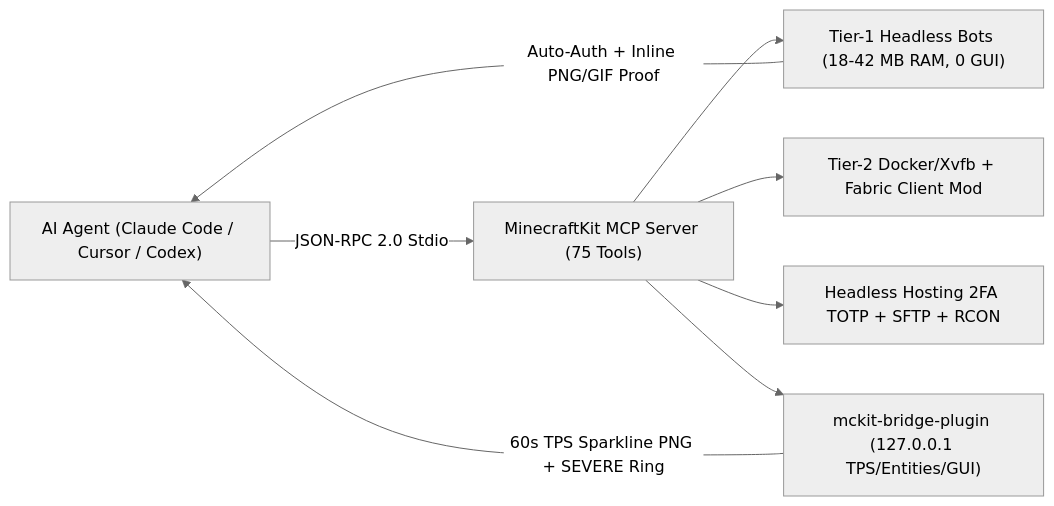
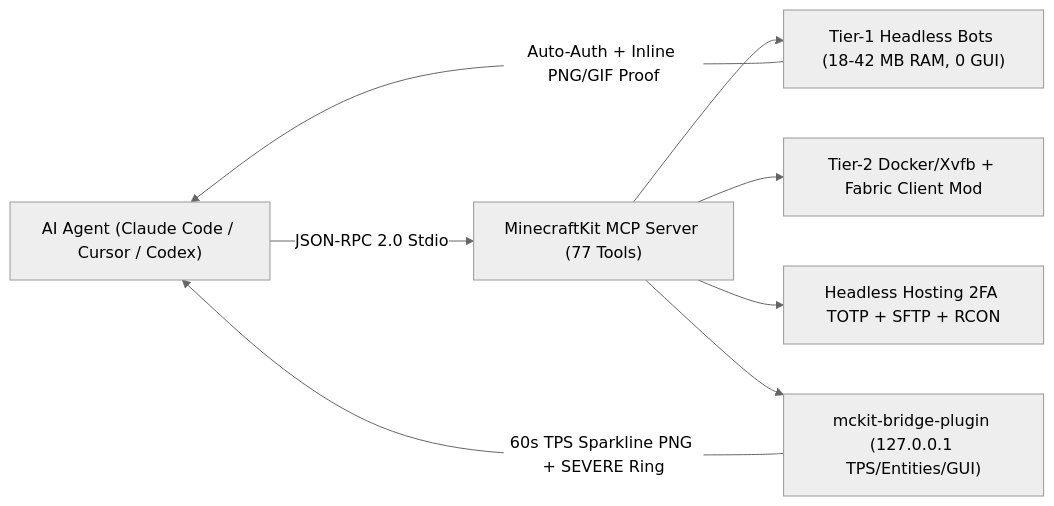
Before and after one commit to SalyyS1/minecraftkit: the diagram in README.md, drawn with Mermaid (neutral theme). The commit also changed other lines of this file and 11 other files, not shown here.

````diff
--- a/README.md
+++ b/README.md
@@ -12,10 +12,10 @@
 ```mermaid
 flowchart LR
-  AI["AI Agent (Claude Code / Cursor / Codex)"] -->|JSON-RPC 2.0 Stdio| MCP["MinecraftKit MCP Server (75 Tools)"]
+  AI["AI Agent (Claude Code / Cursor / Codex)"] -->|JSON-RPC 2.0 Stdio| MCP["MinecraftKit MCP Server (77 Tools)"]
   MCP --> BOT["Tier-1 Headless Bots (18-42 MB RAM, 0 GUI)"]
   MCP --> VIS["Tier-2 Docker/Xvfb + Fabric Client Mod"]
   MCP --> OPS["Headless Hosting 2FA TOTP + SFTP + RCON"]
   MCP --> BRIDGE["mckit-bridge-plugin (127.0.0.1 TPS/Entities/GUI)"]
   BOT -->|Auto-Auth + Inline PNG/GIF Proof| AI
   BRIDGE -->|60s TPS Sparkline PNG + SEVERE Ring| AI
 ```
````
